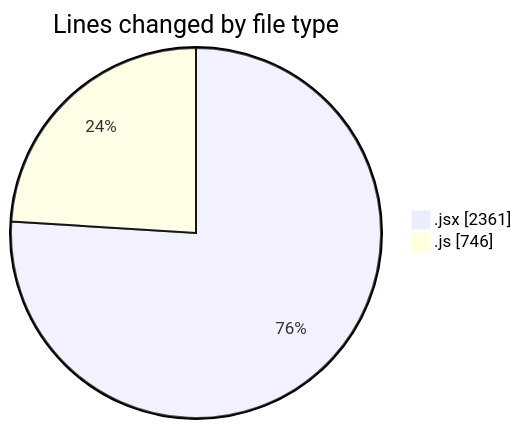
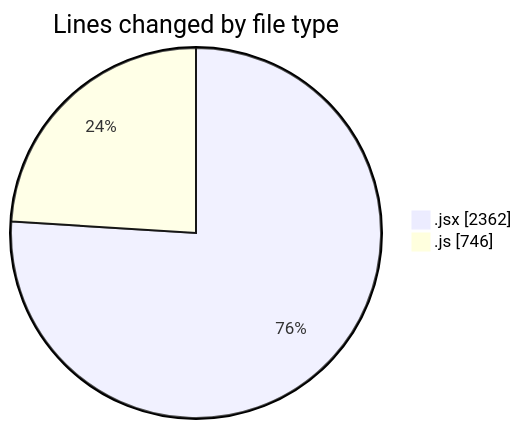
Before and after one commit to nxtqubesakshisongat/code-tracking: the first of 2 diagrams in 2025-07-14/argos/README.md, drawn with Mermaid. The commit also changed other lines of this file and 1 other file, not shown here.

````diff
--- a/2025-07-14/argos/README.md
+++ b/2025-07-14/argos/README.md
@@ -24,6 +24,6 @@
 ```mermaid
 pie showData
 title Lines changed by file type
-".jsx" : 2361
+".jsx" : 2362
 ".js" : 746
 ```
````
